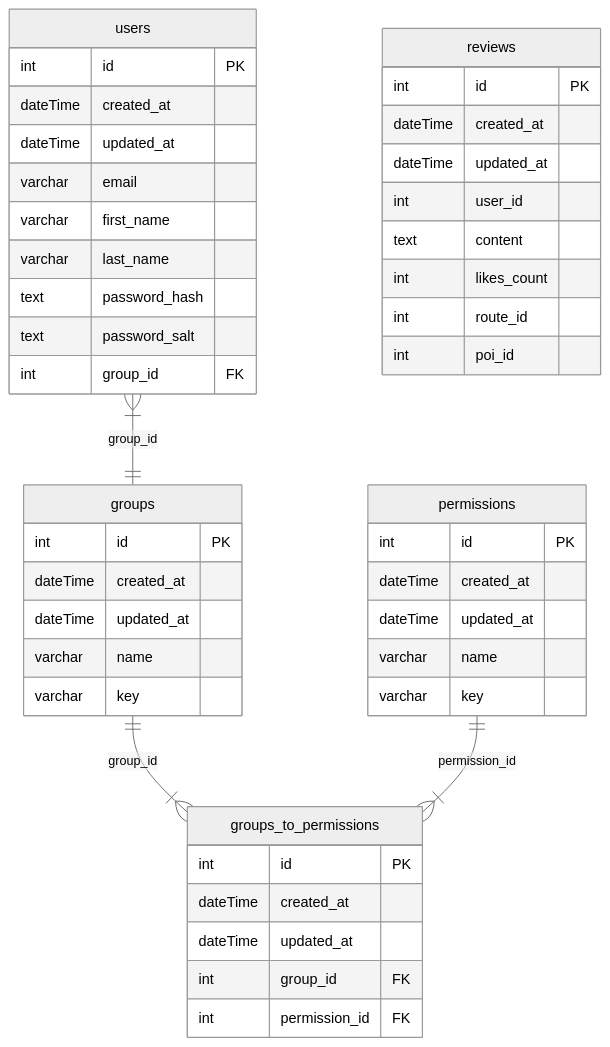
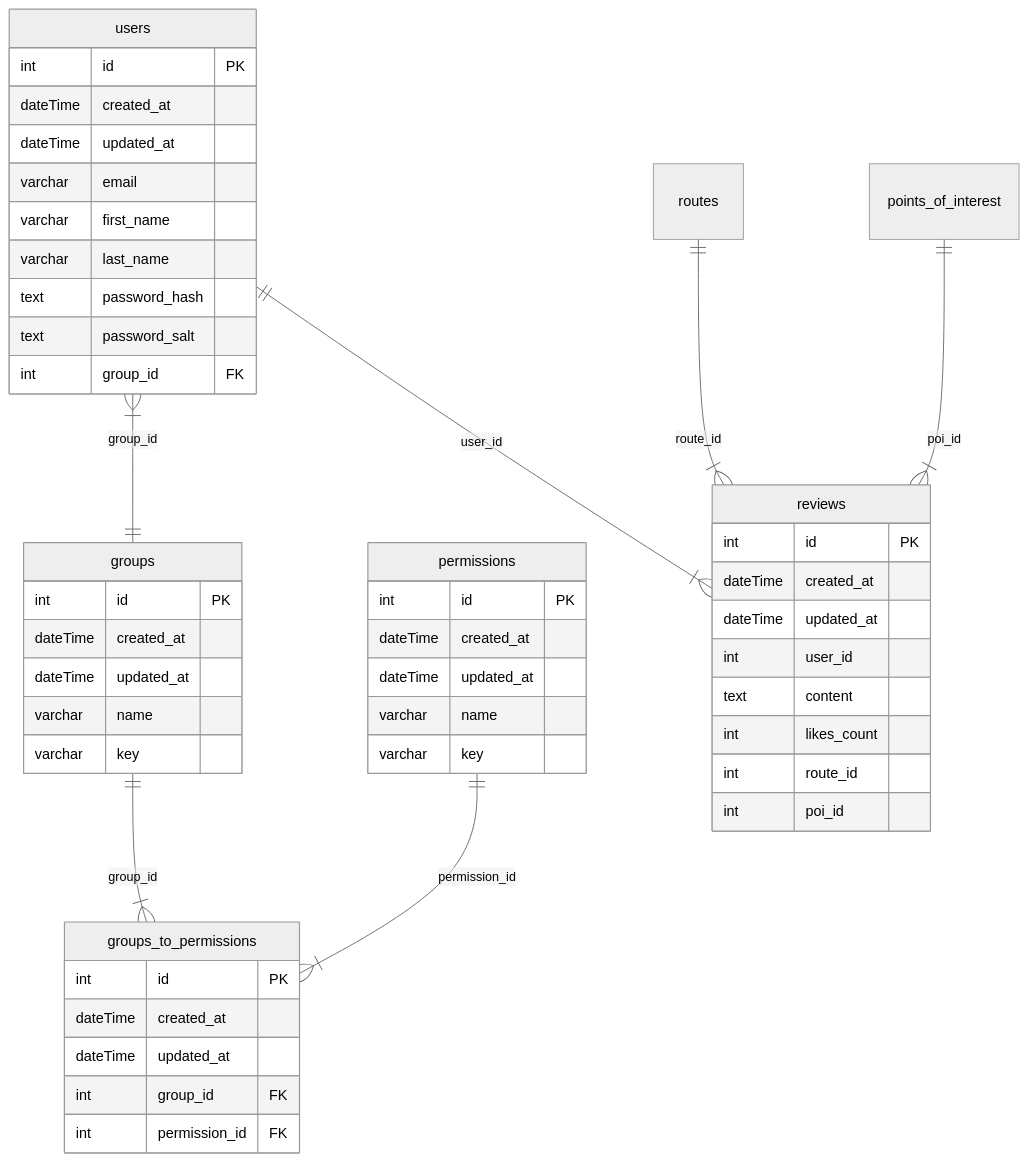
Before and after one commit to h4vefundieyoung/smartscapes: the diagram in readme.md, drawn with Mermaid (neutral theme).

Commit message:
docs(root): update database schema diagram ss-75

````diff
--- a/readme.md
+++ b/readme.md
@@ -30,54 +30,57 @@
 ```mermaid
 erDiagram
 
   users {
     int id PK
     dateTime created_at
     dateTime updated_at
     varchar email
     varchar first_name
     varchar last_name
     text password_hash
     text password_salt
     int group_id FK
   }
 
   groups {
     int id PK
     dateTime created_at
     dateTime updated_at
     varchar name
     varchar key
   }
 
  groups_to_permissions {
       int id PK
       dateTime created_at
       dateTime updated_at
       int group_id FK
       int permission_id FK
   }
 
   permissions {
       int id PK
       dateTime created_at
       dateTime updated_at
       varchar name
       varchar key
   }
 
   reviews {
     int id PK
     dateTime created_at
     dateTime updated_at
     int user_id
     text content
     int likes_count
     int route_id
     int poi_id
   }
 
   users }|--|| groups : group_id
   groups ||--|{ groups_to_permissions : group_id
   permissions ||--|{ groups_to_permissions : permission_id
+  users ||--|{ reviews : user_id
+  routes ||--|{ reviews : route_id
+  points_of_interest ||--|{ reviews : poi_id
 ```
````
